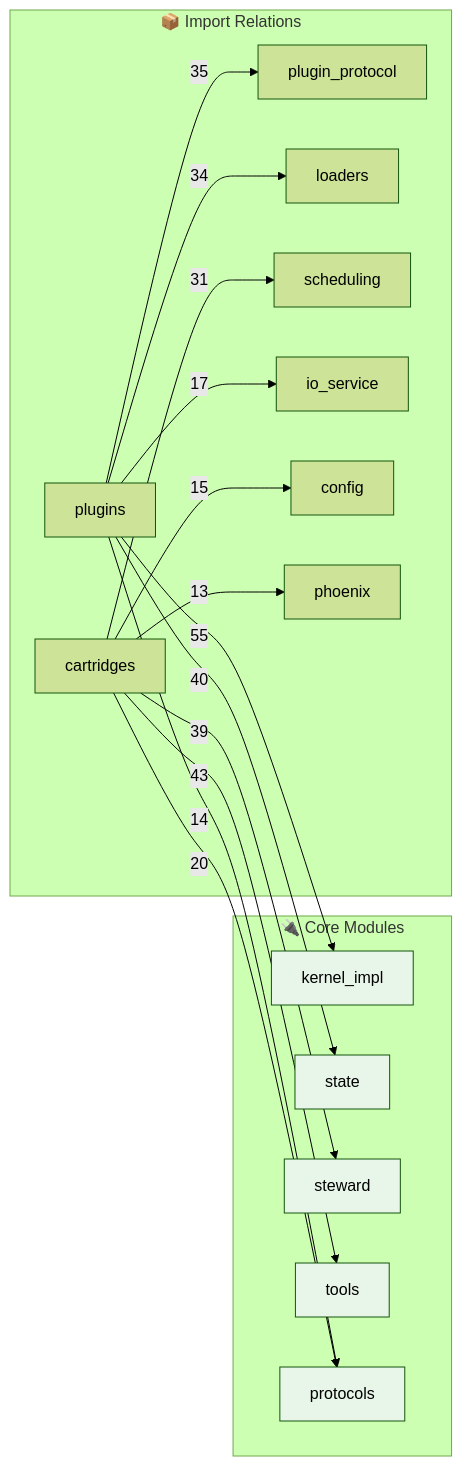
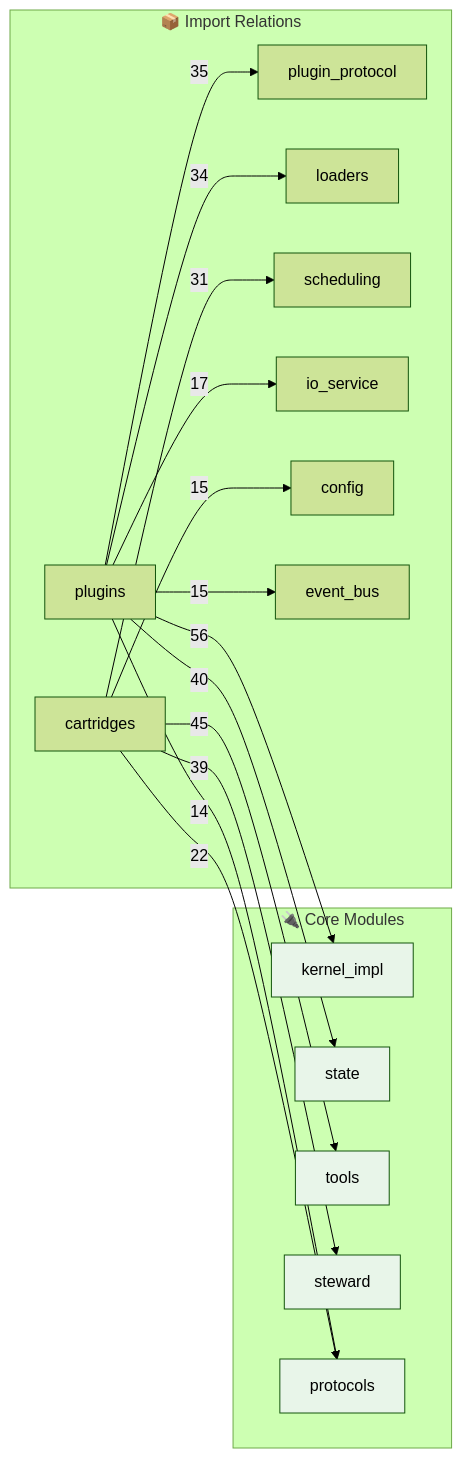
The second of 2 diagrams in OPUS.md (kimeisele/steward-protocol), drawn with Mermaid (forest theme) before and after one commit. The commit also changed other lines of this file and 15 other files, not shown here.

````diff
--- a/OPUS.md
+++ b/OPUS.md
@@ -682,31 +796,31 @@
 ```mermaid
 flowchart LR
     subgraph Core["🔌 Core Modules"]
         kernel_impl[kernel_impl]
         state[state]
+        tools[tools]
         steward[steward]
-        tools[tools]
         protocols[protocols]
     end
 
     subgraph Edges["📦 Import Relations"]
-        plugins -->|55| kernel_impl
-        cartridges -->|43| tools
+        plugins -->|56| kernel_impl
+        cartridges -->|45| tools
         plugins -->|40| state
         cartridges -->|39| steward
         plugins -->|35| plugin_protocol
         plugins -->|34| loaders
         cartridges -->|31| scheduling
-        cartridges -->|20| protocols
+        cartridges -->|22| protocols
         plugins -->|17| io_service
         cartridges -->|15| config
+        plugins -->|15| event_bus
         plugins -->|14| protocols
-        cartridges -->|13| phoenix
     end
 
     style kernel_impl fill:#e8f5e9
     style state fill:#e8f5e9
+    style tools fill:#e8f5e9
     style steward fill:#e8f5e9
-    style tools fill:#e8f5e9
     style protocols fill:#e8f5e9
 ```
````
